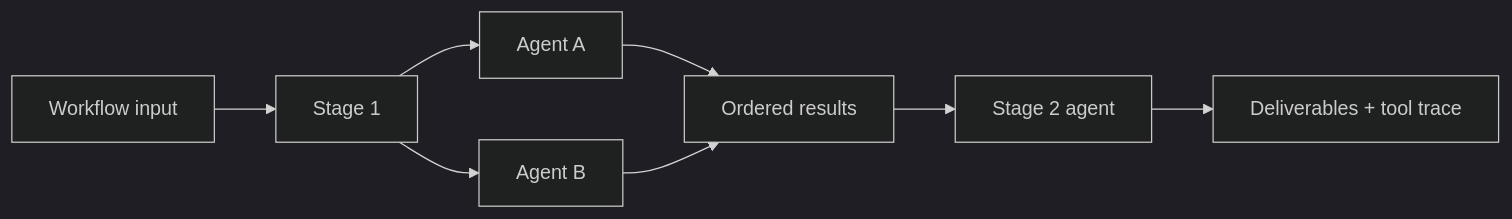
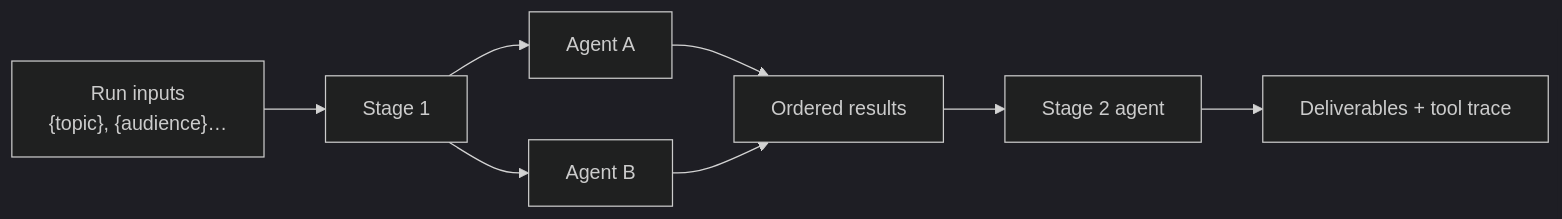
Before and after one commit to Fezzaioussama/AIMIx: the first of 2 diagrams in README.md, drawn with Mermaid (dark theme). The commit also changed other lines of this file and 54 other files, not shown here.

First line of the commit message:
feat(pipelines): add named run inputs and per-step expected output

````diff
--- a/README.md
+++ b/README.md
@@ -59,10 +59,10 @@
 ```mermaid
 flowchart LR
-    Input[Workflow input] --> S1[Stage 1]
+    Input["Run inputs<br/>{topic}, {audience}…"] --> S1[Stage 1]
     S1 --> A1[Agent A]
     S1 --> A2[Agent B]
     A1 --> Join[Ordered results]
     A2 --> Join
     Join --> S2[Stage 2 agent]
     S2 --> Output[Deliverables + tool trace]
 ```
````
